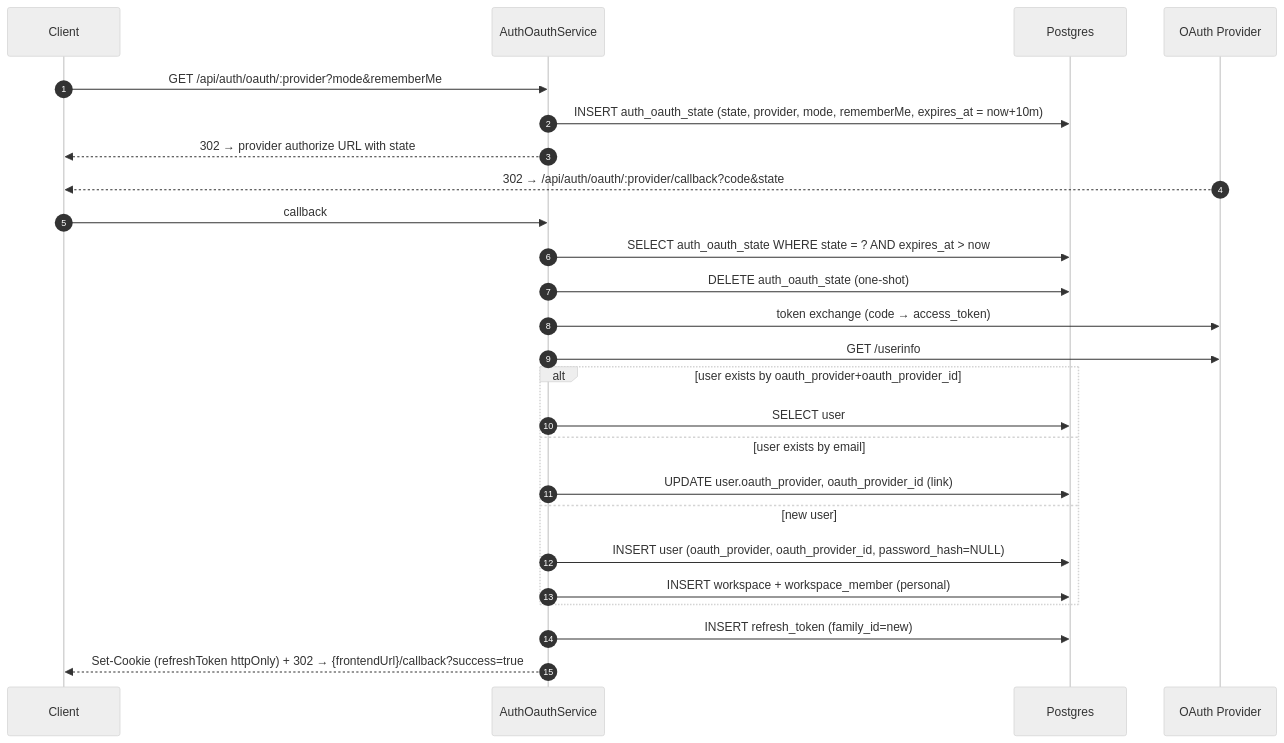
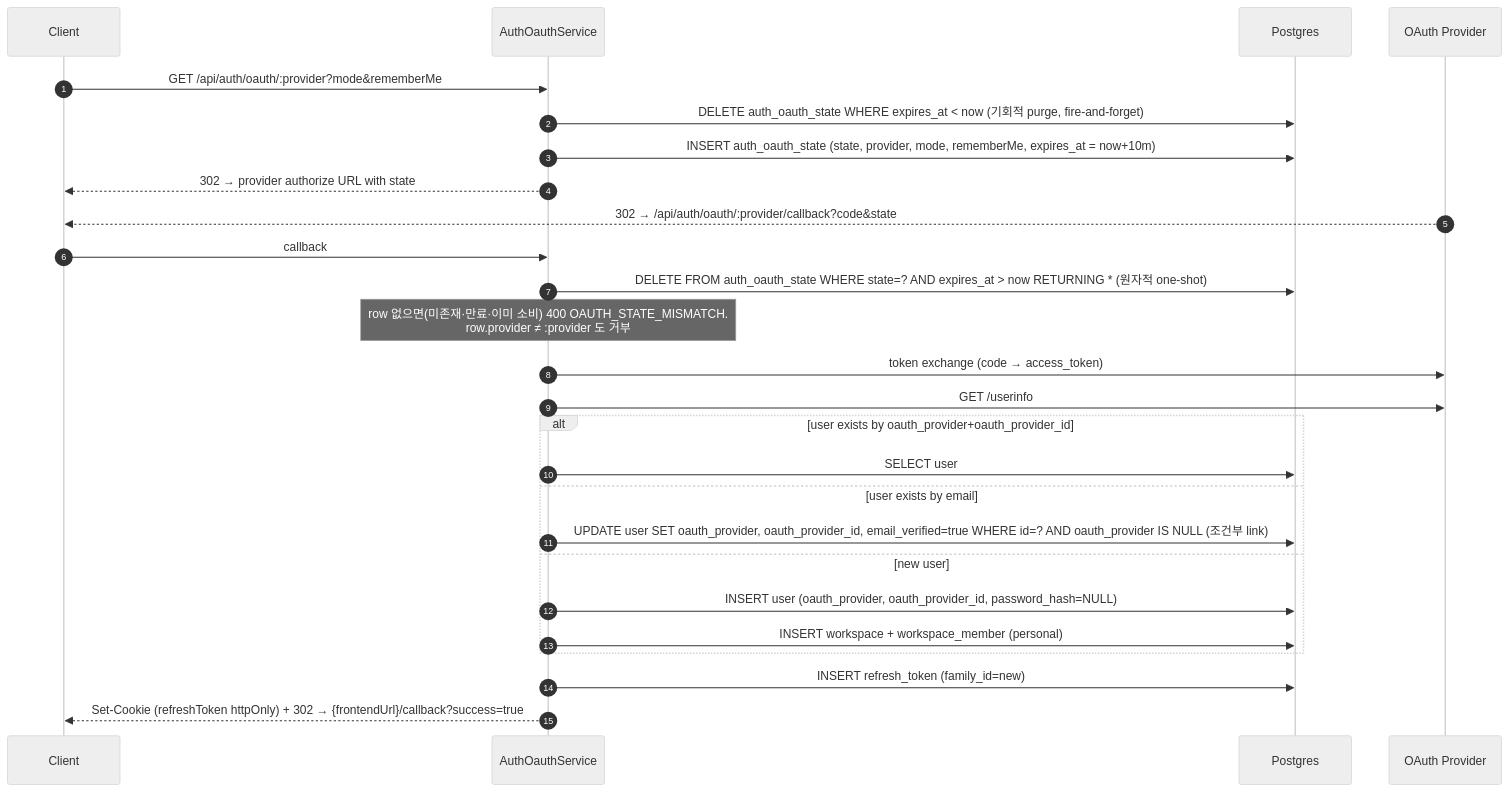
The third of 6 diagrams in spec/data-flow/2-auth.md (worker-ants/clemvion), drawn with Mermaid (neutral theme) before and after one commit. The commit also changed other lines of this file and 89 other files, not shown here.

First line of the commit message:
docs(spec): spec↔code 전수 상호 감사 — 역방향 커버리지 + drift 동기화 + data-flow 재구성 (위반 19건 보고) (#516)

````diff
--- a/spec/data-flow/2-auth.md
+++ b/spec/data-flow/2-auth.md
@@ -106,28 +113,29 @@
 ```mermaid
 sequenceDiagram
   autonumber
   participant C as Client
   participant Svc as AuthOauthService
   participant PG as Postgres
   participant Prov as OAuth Provider
 
   C->>Svc: GET /api/auth/oauth/:provider?mode&rememberMe
+  Svc->>PG: DELETE auth_oauth_state WHERE expires_at < now (기회적 purge, fire-and-forget)
   Svc->>PG: INSERT auth_oauth_state (state, provider, mode, rememberMe, expires_at = now+10m)
   Svc-->>C: 302 → provider authorize URL with state
   Prov-->>C: 302 → /api/auth/oauth/:provider/callback?code&state
   C->>Svc: callback
-  Svc->>PG: SELECT auth_oauth_state WHERE state = ? AND expires_at > now
-  Svc->>PG: DELETE auth_oauth_state (one-shot)
+  Svc->>PG: DELETE FROM auth_oauth_state WHERE state=? AND expires_at > now RETURNING * (원자적 one-shot)
+  Note over Svc: row 없으면(미존재·만료·이미 소비) 400 OAUTH_STATE_MISMATCH.<br/>row.provider ≠ :provider 도 거부
   Svc->>Prov: token exchange (code → access_token)
   Svc->>Prov: GET /userinfo
   alt user exists by oauth_provider+oauth_provider_id
     Svc->>PG: SELECT user
   else user exists by email
-    Svc->>PG: UPDATE user.oauth_provider, oauth_provider_id (link)
+    Svc->>PG: UPDATE user SET oauth_provider, oauth_provider_id, email_verified=true WHERE id=? AND oauth_provider IS NULL (조건부 link)
   else new user
     Svc->>PG: INSERT user (oauth_provider, oauth_provider_id, password_hash=NULL)
     Svc->>PG: INSERT workspace + workspace_member (personal)
   end
   Svc->>PG: INSERT refresh_token (family_id=new)
   Svc-->>C: Set-Cookie (refreshToken httpOnly) + 302 → {frontendUrl}/callback?success=true
 ```
````
